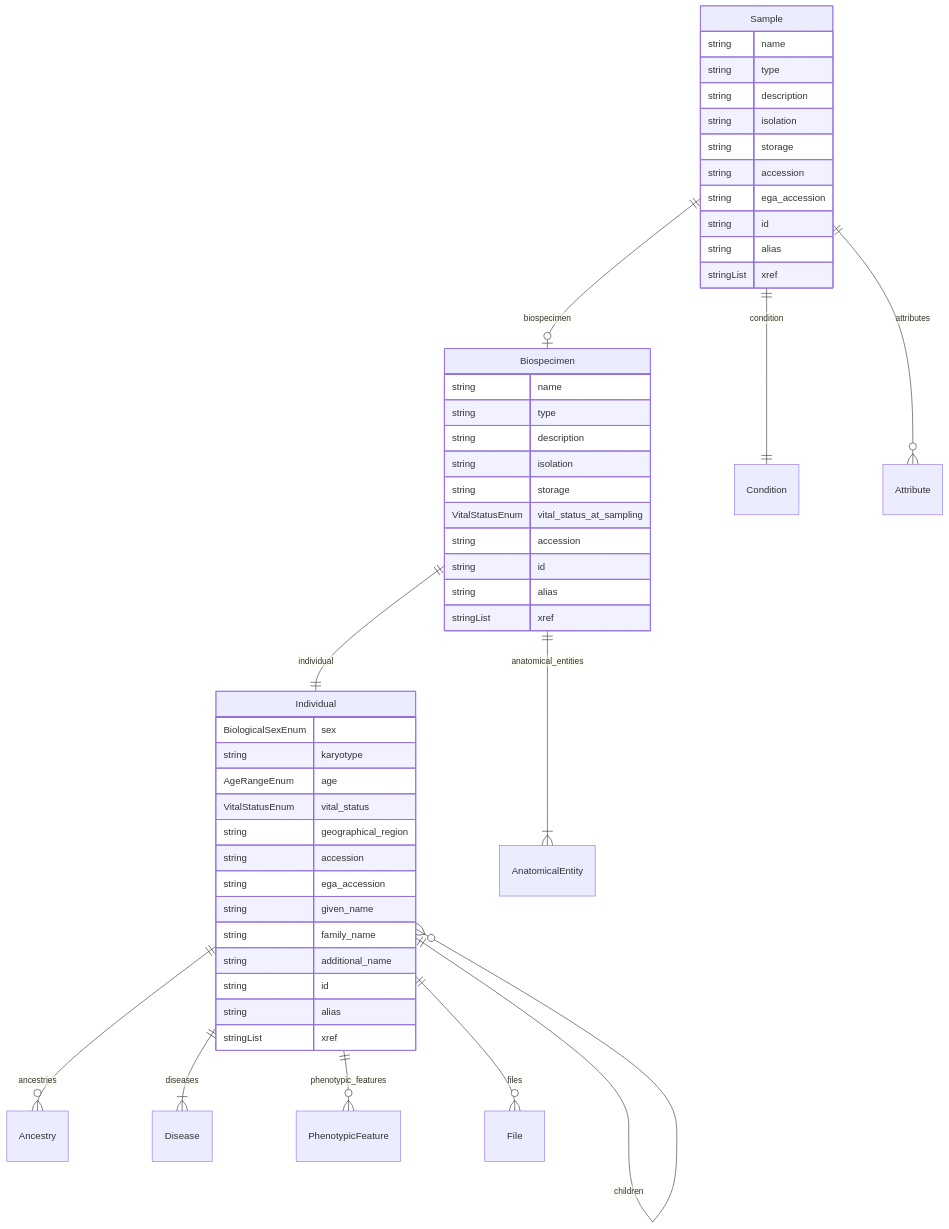
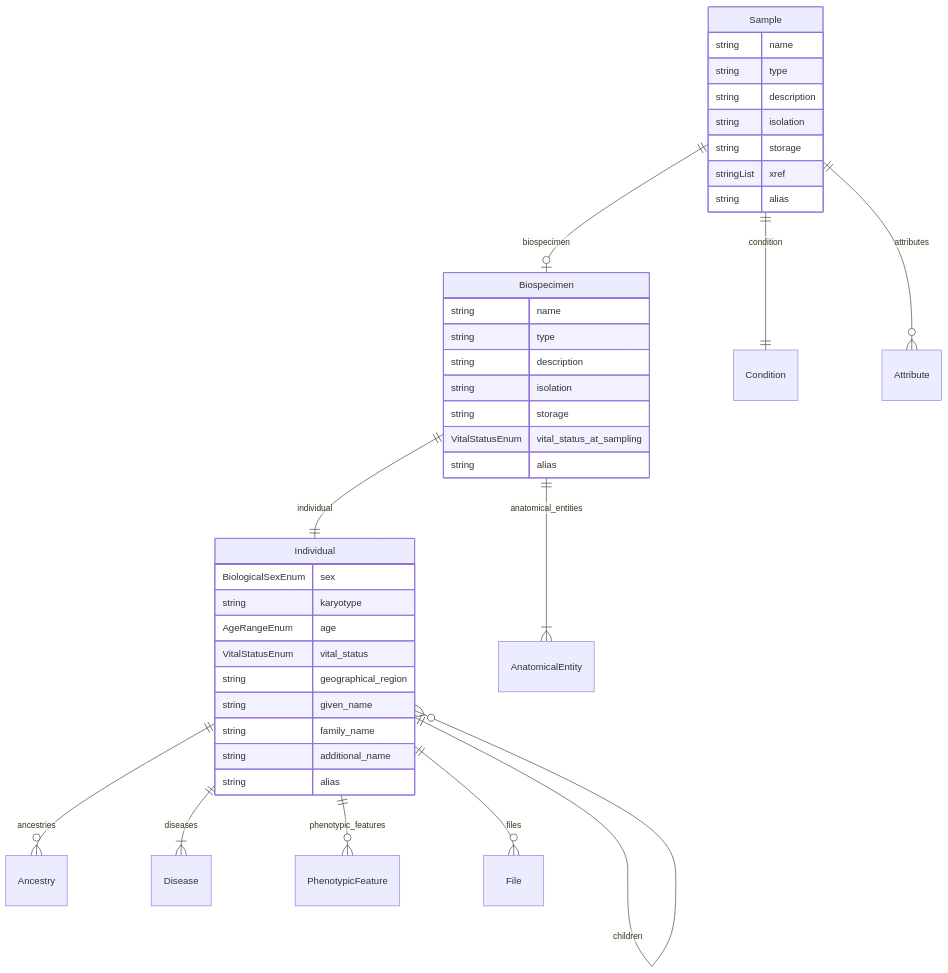
One commit to ghga-de/ghga-metadata-schema changed the fifth of 7 diagrams in docs/entity_relations.md. Above: the diagram before and after it, drawn with Mermaid. The commit also changed other lines of this file and 70 other files, not shown here.

````diff
--- a/docs/entity_relations.md
+++ b/docs/entity_relations.md
@@ -230,55 +230,45 @@
 ```mermaid
 erDiagram
 Individual {
     BiologicalSexEnum sex  
     string karyotype  
     AgeRangeEnum age  
     VitalStatusEnum vital_status  
     string geographical_region  
-    string accession  
-    string ega_accession  
     string given_name  
     string family_name  
     string additional_name  
-    string id  
     string alias  
-    stringList xref  
 }
 Biospecimen {
     string name  
     string type  
     string description  
     string isolation  
     string storage  
     VitalStatusEnum vital_status_at_sampling  
-    string accession  
-    string id  
     string alias  
-    stringList xref  
 }
 Sample {
     string name  
     string type  
     string description  
     string isolation  
     string storage  
-    string accession  
-    string ega_accession  
-    string id  
+    stringList xref  
     string alias  
-    stringList xref  
 }
 
 Individual ||--}o Ancestry : "ancestries"
 Individual ||--}o Individual : "parents"
 Individual ||--}o Individual : "children"
 Individual ||--}| Disease : "diseases"
 Individual ||--}o PhenotypicFeature : "phenotypic_features"
 Individual ||--}o File : "files"
 Biospecimen ||--|| Individual : "individual"
 Biospecimen ||--}| AnatomicalEntity : "anatomical_entities"
 Sample ||--|o Biospecimen : "biospecimen"
 Sample ||--|| Condition : "condition"
 Sample ||--}o Attribute : "attributes"
 
 ```
````
